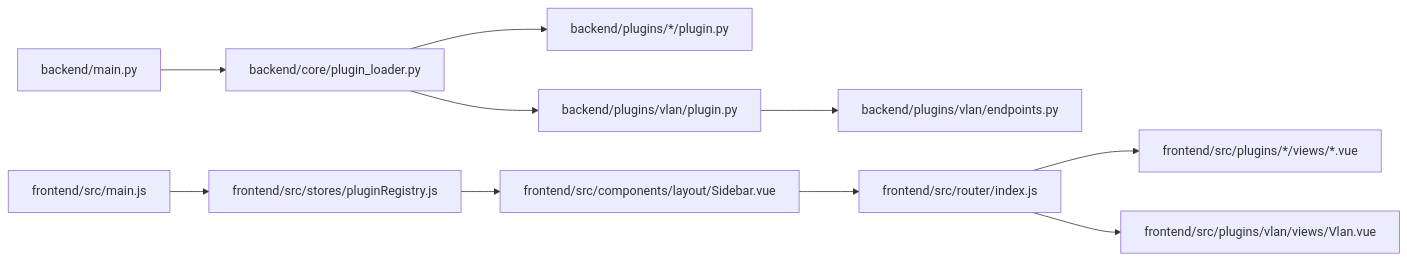
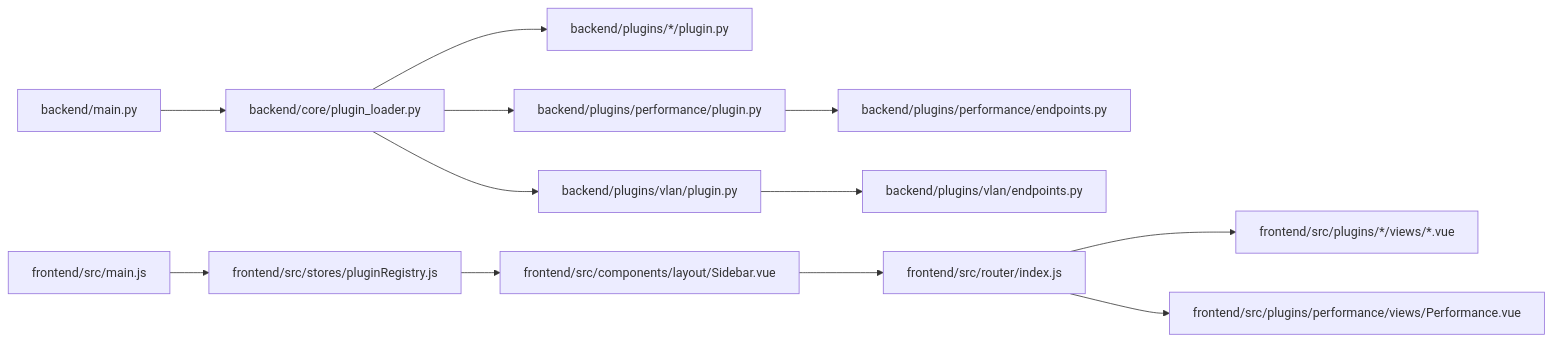
One commit to Nikita5543/New-SSO-02 changed diagram 11 of 11 in .qoder/repowiki/en/content/Plugin System Architecture/Frontend Plugin Integration.md. Above: the diagram before and after it, drawn with Mermaid. The commit also changed other lines of this file and 3 other files, not shown here.

````diff
--- a/.qoder/repowiki/en/content/Plugin System Architecture/Frontend Plugin Integration.md
+++ b/.qoder/repowiki/en/content/Plugin System Architecture/Frontend Plugin Integration.md
@@ -449,12 +448,14 @@
 ```mermaid
 graph LR
 BE_Main["backend/main.py"] --> BE_Loader["backend/core/plugin_loader.py"]
 BE_Loader --> BE_Plugin["backend/plugins/*/plugin.py"]
+BE_Loader --> BE_Perf["backend/plugins/performance/plugin.py"]
 BE_Loader --> BE_VLAN["backend/plugins/vlan/plugin.py"]
-BE_VLAN --> BE_Endpoints["backend/plugins/vlan/endpoints.py"]
+BE_Perf --> BE_Endpoints["backend/plugins/performance/endpoints.py"]
+BE_VLAN --> BE_VLAN_Endpoints["backend/plugins/vlan/endpoints.py"]
 FE_Init["frontend/src/main.js"] --> FE_Registry["frontend/src/stores/pluginRegistry.js"]
 FE_Registry --> FE_Sidebar["frontend/src/components/layout/Sidebar.vue"]
 FE_Router["frontend/src/router/index.js"] --> FE_VIEWS["frontend/src/plugins/*/views/*.vue"]
-FE_Router --> FE_VLAN_View["frontend/src/plugins/vlan/views/Vlan.vue"]
+FE_Router --> FE_PERF_View["frontend/src/plugins/performance/views/Performance.vue"]
 FE_Sidebar --> FE_Router
 ```
````
